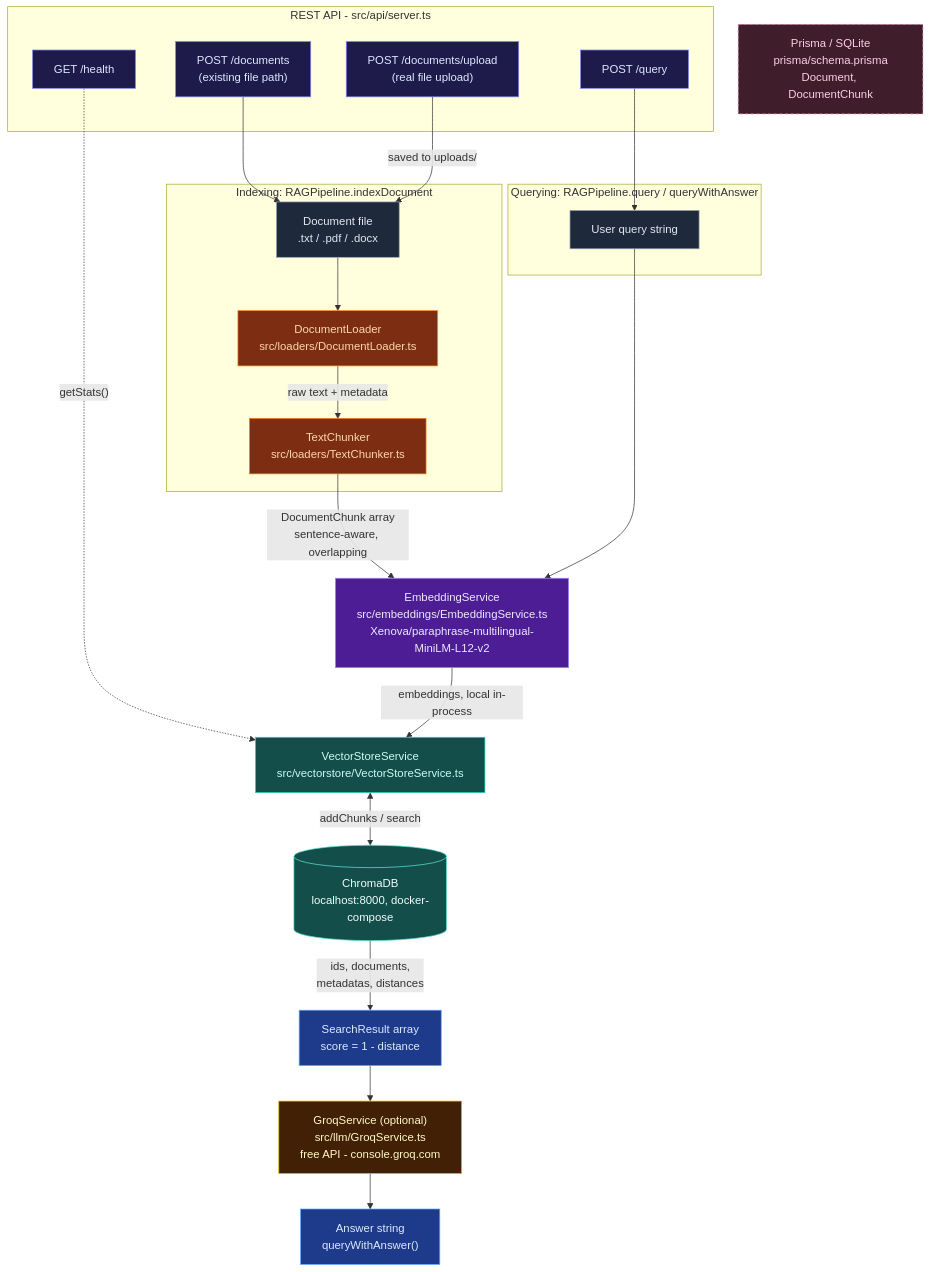
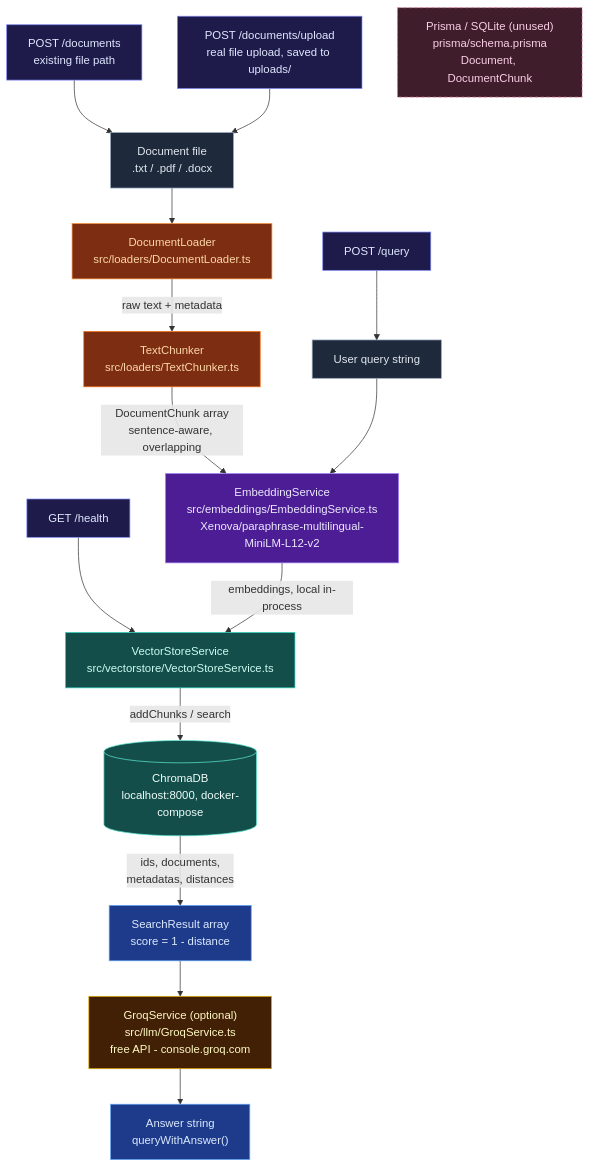
One commit to vzan2012/multilingual-rag-pipeline changed the diagram in README.md. Above: the diagram before and after it, drawn with Mermaid.

Commit message:
Fix GitHub Mermaid render failure in README architecture diagram
GitHub errored with "Cannot read properties of undefined (reading
'render')" - GitHub pins an older Mermaid/dagre version with a known
zero-length-segment divide-by-zero bug on edges crossing subgraph
boundaries, which our diagram relied on heavily (nested subgraphs,
a bidirectional arrow, a labeled dotted cross-cluster edge).

Flattened the diagram: no subgraphs, no bidirectional arrows, no
labeled dotted cross-edges. Same information conveyed via node text
and the existing classDef color-coding instead.

````diff
--- a/README.md
+++ b/README.md
@@ -7,57 +7,44 @@
 ```mermaid
 flowchart TB
-    subgraph API["REST API - src/api/server.ts"]
-        API1["POST /documents<br/>(existing file path)"]
-        API4["POST /documents/upload<br/>(real file upload)"]
-        API2["POST /query"]
-        API3["GET /health"]
-    end
+    API1["POST /documents<br/>existing file path"] --> A
+    API4["POST /documents/upload<br/>real file upload, saved to uploads/"] --> A
+    API2["POST /query"] --> Q
+    API3["GET /health"] --> E
 
-    subgraph Indexing["Indexing: RAGPipeline.indexDocument"]
-        A["Document file<br/>.txt / .pdf / .docx"] --> B["DocumentLoader<br/>src/loaders/DocumentLoader.ts"]
-        B -->|"raw text + metadata"| C["TextChunker<br/>src/loaders/TextChunker.ts"]
-    end
+    A["Document file<br/>.txt / .pdf / .docx"] --> B["DocumentLoader<br/>src/loaders/DocumentLoader.ts"]
+    B -->|"raw text + metadata"| C["TextChunker<br/>src/loaders/TextChunker.ts"]
+    C -->|"DocumentChunk array<br/>sentence-aware, overlapping"| D
 
-    subgraph Querying["Querying: RAGPipeline.query / queryWithAnswer"]
-        Q["User query string"]
-    end
-
-    API1 --> A
-    API4 -->|"saved to uploads/"| A
-    API2 --> Q
-    API3 -.->|"getStats()"| E
-
-    C -->|"DocumentChunk array<br/>sentence-aware, overlapping"| D
-    Q --> D["EmbeddingService<br/>src/embeddings/EmbeddingService.ts<br/>Xenova/paraphrase-multilingual-MiniLM-L12-v2"]
+    Q["User query string"] --> D["EmbeddingService<br/>src/embeddings/EmbeddingService.ts<br/>Xenova/paraphrase-multilingual-MiniLM-L12-v2"]
 
     D -->|"embeddings, local in-process"| E["VectorStoreService<br/>src/vectorstore/VectorStoreService.ts"]
-    E <-->|"addChunks / search"| F[("ChromaDB<br/>localhost:8000, docker-compose")]
+    E -->|"addChunks / search"| F[("ChromaDB<br/>localhost:8000, docker-compose")]
     F -->|"ids, documents,<br/>metadatas, distances"| G["SearchResult array<br/>score = 1 - distance"]
 
     G --> H["GroqService (optional)<br/>src/llm/GroqService.ts<br/>free API - console.groq.com"]
     H --> I["Answer string<br/>queryWithAnswer()"]
 
-    P["Prisma / SQLite<br/>prisma/schema.prisma<br/>Document, DocumentChunk"]
+    P["Prisma / SQLite (unused)<br/>prisma/schema.prisma<br/>Document, DocumentChunk"]
 
     class API1,API2,API3,API4 api
     class A,Q input
     class B loader
     class C chunker
     class D embed
     class E store
     class F chroma
     class G,I result
     class H llm
     class P unused
 
     classDef api fill:#1e1b4b,stroke:#818cf8,color:#e0e7ff
     classDef input fill:#1e293b,stroke:#94a3b8,color:#e2e8f0
     classDef loader fill:#7c2d12,stroke:#fb923c,color:#fed7aa
     classDef chunker fill:#7c2d12,stroke:#f97316,color:#fed7aa
     classDef embed fill:#4c1d95,stroke:#a78bfa,color:#ede9fe
     classDef store fill:#134e4a,stroke:#2dd4bf,color:#ccfbf1
     classDef chroma fill:#134e4a,stroke:#5eead4,color:#f0fdfa
     classDef result fill:#1e3a8a,stroke:#60a5fa,color:#dbeafe
     classDef llm fill:#422006,stroke:#eab308,color:#fef9c3
     classDef unused fill:#3f1d2b,stroke:#e879a3,color:#fbcfe8,stroke-dasharray: 4 4
 ```
````
